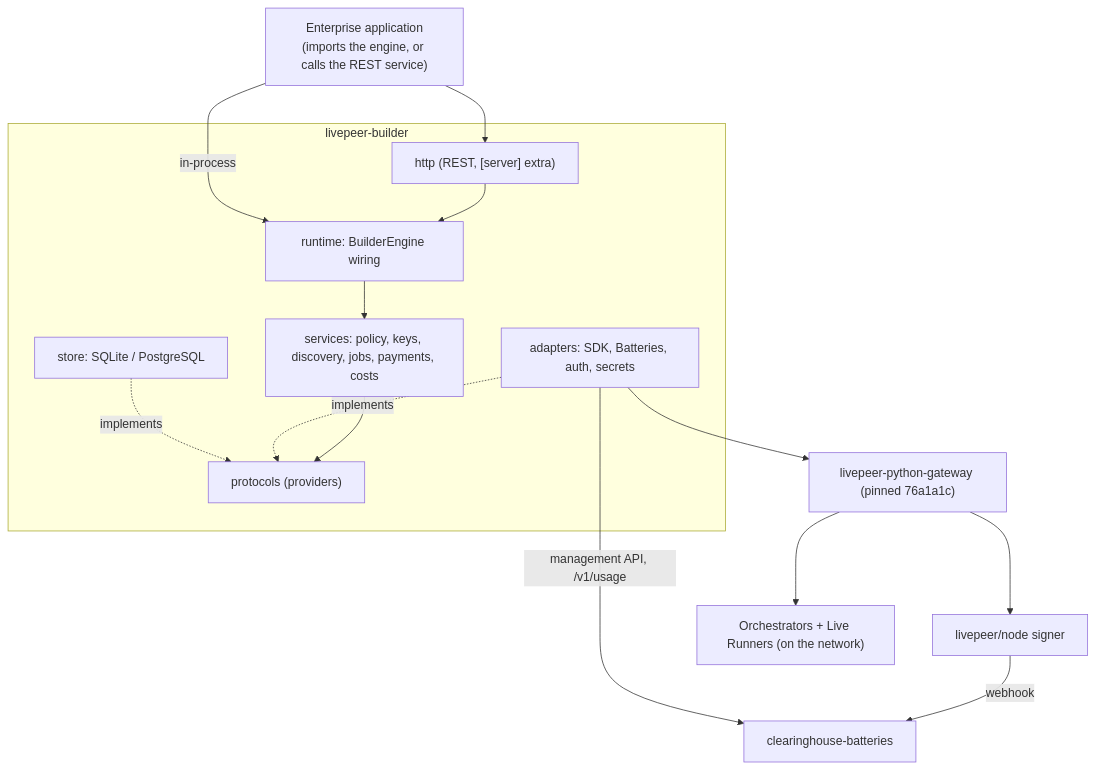
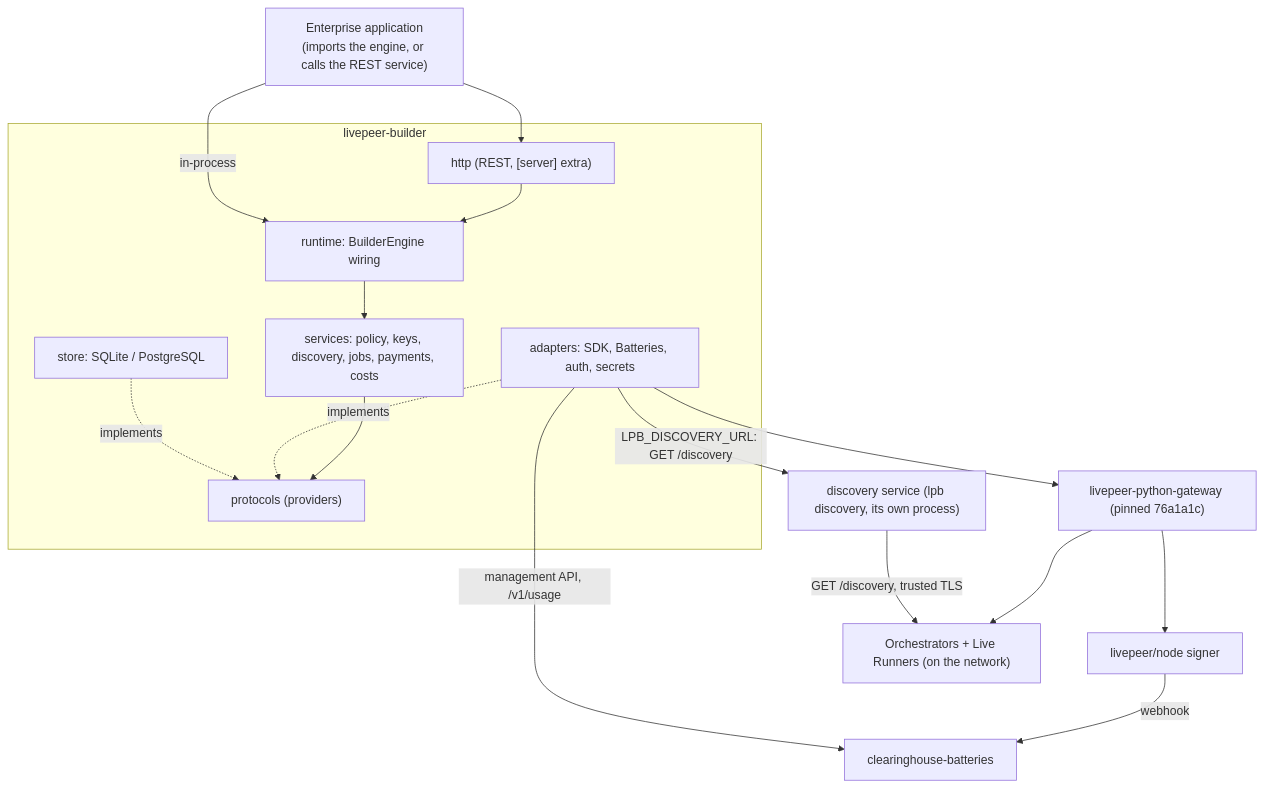
Before and after one commit to NE-Build-Track/livepeer-builder-core: the diagram in ARCHITECTURE.md, drawn with Mermaid. The commit also changed other lines of this file and 19 other files, not shown here.

````diff
--- a/ARCHITECTURE.md
+++ b/ARCHITECTURE.md
@@ -7,24 +7,26 @@
 ```mermaid
 flowchart TB
     App["Enterprise application<br/>(imports the engine, or calls the REST service)"]
     subgraph Engine["livepeer-builder"]
         HTTP["http (REST, [server] extra)"]
         RT["runtime: BuilderEngine wiring"]
         SVC["services: policy, keys, discovery, jobs, payments, costs"]
         PROV["protocols (providers)"]
         AD["adapters: SDK, Batteries, auth, secrets"]
         ST["store: SQLite / PostgreSQL"]
     end
+    Disc["discovery service (lpb discovery, its own process)"]
     SDK["livepeer-python-gateway (pinned 76a1a1c)"]
     Signer["livepeer/node signer"]
     Bat["clearinghouse-batteries"]
     Orch["Orchestrators + Live Runners (on the network)"]
     App --> HTTP --> RT
     App -->|"in-process"| RT
     RT --> SVC --> PROV
     AD -.implements.-> PROV
     ST -.implements.-> PROV
     AD --> SDK --> Signer -->|"webhook"| Bat
     SDK --> Orch
+    AD -->|"LPB_DISCOVERY_URL: GET /discovery"| Disc -->|"GET /discovery, trusted TLS"| Orch
     AD -->|"management API, /v1/usage"| Bat
 ```
````
